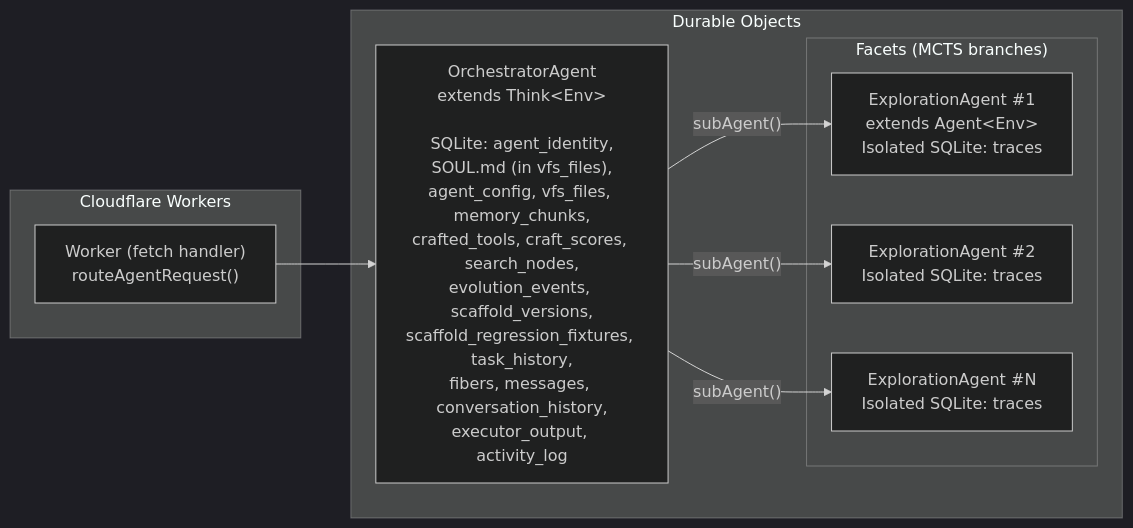
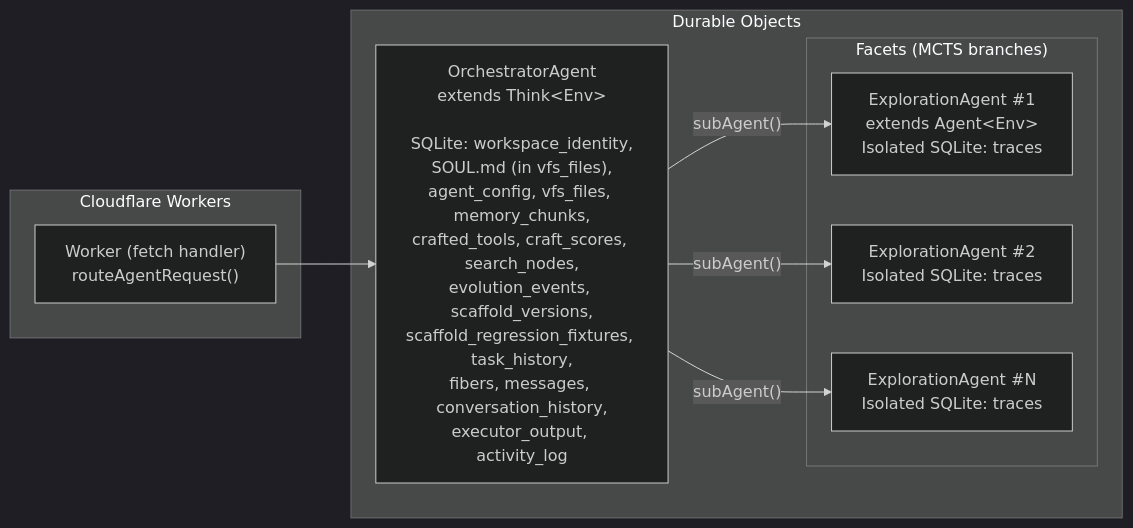
The third of 3 diagrams in docs/ARCHITECTURE.md (AshishKumar4/Proteus), drawn with Mermaid (dark theme) before and after one commit. The commit also changed 9 other files, not shown here.

````diff
--- a/docs/ARCHITECTURE.md
+++ b/docs/ARCHITECTURE.md
@@ -144,21 +144,21 @@
 ```mermaid
 graph LR
     subgraph "Cloudflare Workers"
         Worker["Worker (fetch handler)<br/>routeAgentRequest()"]
     end
 
     subgraph "Durable Objects"
-        Orch["OrchestratorAgent<br/>extends Think&lt;Env&gt;<br/><br/>SQLite: agent_identity,<br/>SOUL.md (in vfs_files),<br/>agent_config, vfs_files, memory_chunks,<br/>crafted_tools, craft_scores, search_nodes,<br/>evolution_events, scaffold_versions,<br/>scaffold_regression_fixtures, task_history,<br/>fibers, messages, conversation_history,<br/>executor_output, activity_log"]
+        Orch["OrchestratorAgent<br/>extends Think&lt;Env&gt;<br/><br/>SQLite: workspace_identity,<br/>SOUL.md (in vfs_files),<br/>agent_config, vfs_files, memory_chunks,<br/>crafted_tools, craft_scores, search_nodes,<br/>evolution_events, scaffold_versions,<br/>scaffold_regression_fixtures, task_history,<br/>fibers, messages, conversation_history,<br/>executor_output, activity_log"]
 
         subgraph "Facets (MCTS branches)"
             E1["ExplorationAgent #1<br/>extends Agent&lt;Env&gt;<br/>Isolated SQLite: traces"]
             E2["ExplorationAgent #2<br/>Isolated SQLite: traces"]
             E3["ExplorationAgent #N<br/>Isolated SQLite: traces"]
         end
     end
 
     Worker --> Orch
     Orch -->|"subAgent()"| E1
     Orch -->|"subAgent()"| E2
     Orch -->|"subAgent()"| E3
 ```
````
